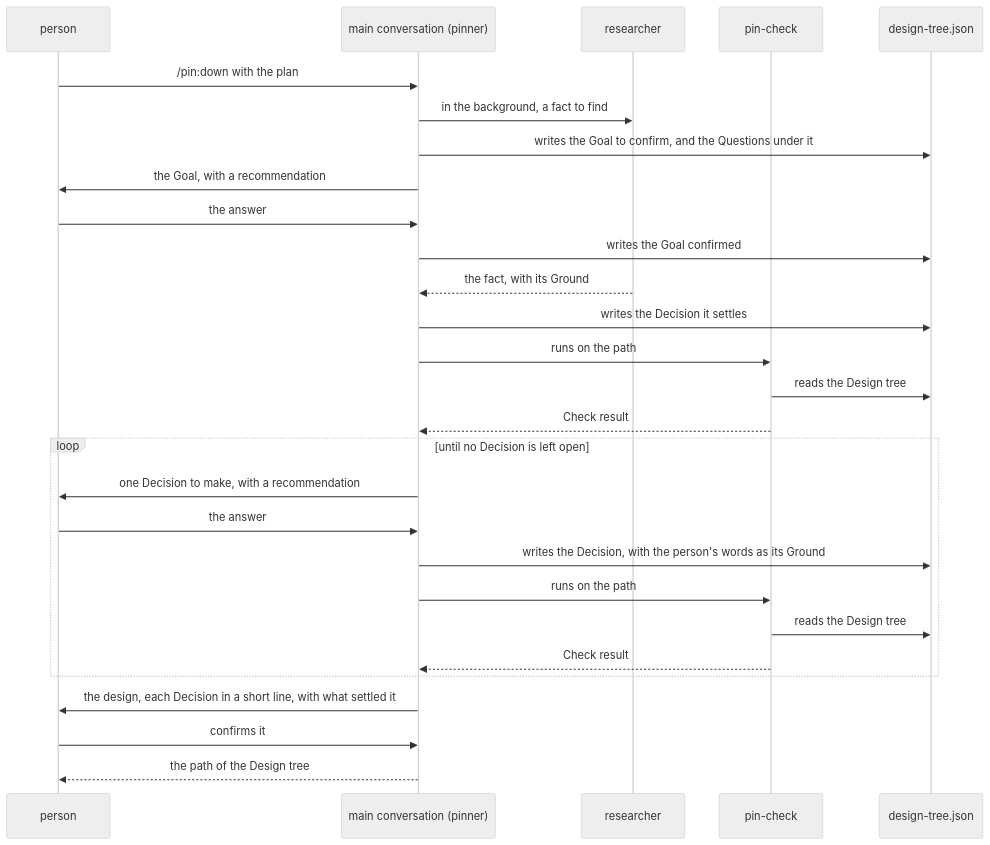
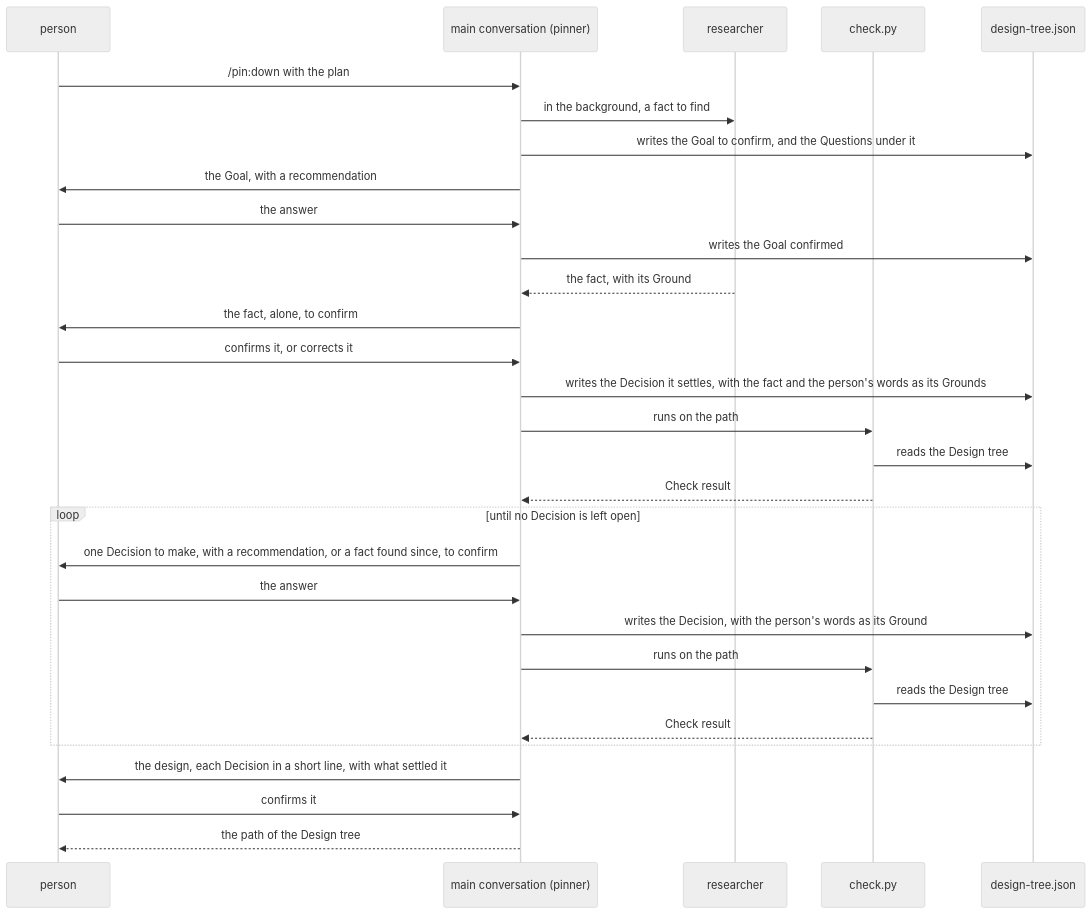
One commit to lovaizu/ccpm changed the third of 5 diagrams in dev/pin/architecture.md. Above: the diagram before and after it, drawn with Mermaid (neutral theme). The commit also changed other lines of this file and 2 other files, not shown here.

First line of the commit message:
pin: the check script in scripts/, in one form across versions; each fact shown as it is found; a caller's role runs pin:down itself

````diff
--- a/dev/pin/architecture.md
+++ b/dev/pin/architecture.md
@@ -188,30 +181,32 @@
 ```mermaid
 sequenceDiagram
   participant P as person
   participant M as main conversation (pinner)
   participant R as researcher
-  participant C as pin-check
+  participant C as check.py
   participant T as design-tree.json
   P->>M: /pin:down with the plan
   M->>R: in the background, a fact to find
   M->>T: writes the Goal to confirm, and the Questions under it
   M->>P: the Goal, with a recommendation
   P->>M: the answer
   M->>T: writes the Goal confirmed
   R-->>M: the fact, with its Ground
-  M->>T: writes the Decision it settles
+  M->>P: the fact, alone, to confirm
+  P->>M: confirms it, or corrects it
+  M->>T: writes the Decision it settles, with the fact and the person's words as its Grounds
   M->>C: runs on the path
   C->>T: reads the Design tree
   C-->>M: Check result
   loop until no Decision is left open
-    M->>P: one Decision to make, with a recommendation
+    M->>P: one Decision to make, with a recommendation, or a fact found since, to confirm
     P->>M: the answer
     M->>T: writes the Decision, with the person's words as its Ground
     M->>C: runs on the path
     C->>T: reads the Design tree
     C-->>M: Check result
   end
   M->>P: the design, each Decision in a short line, with what settled it
   P->>M: confirms it
   M-->>P: the path of the Design tree
 ```
````
